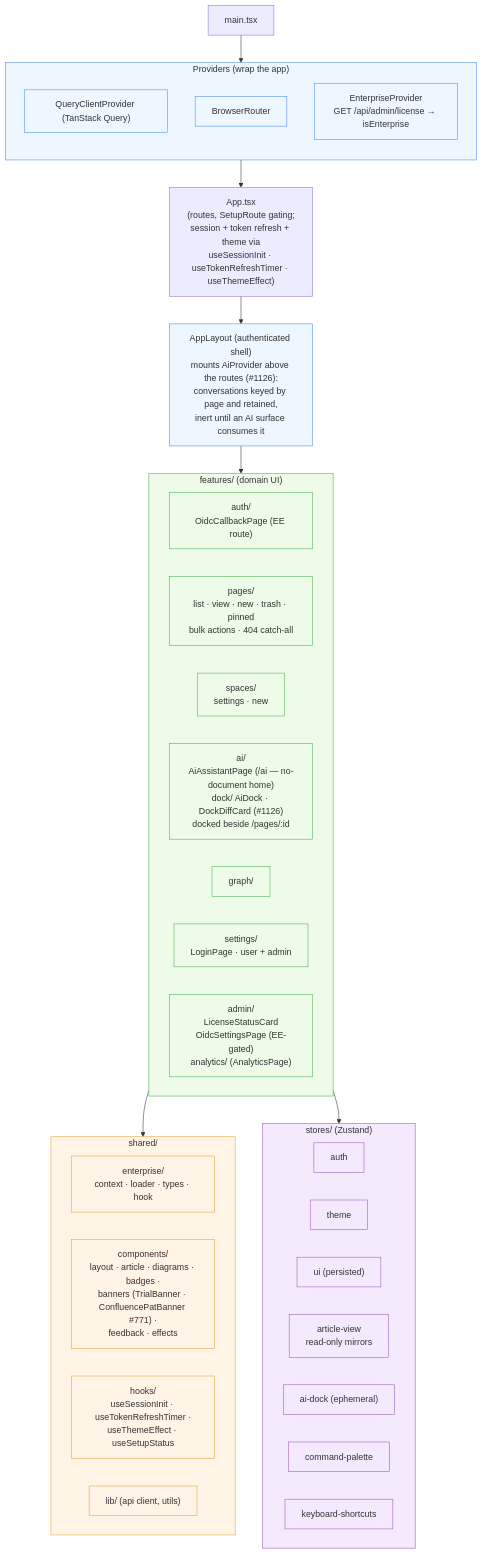
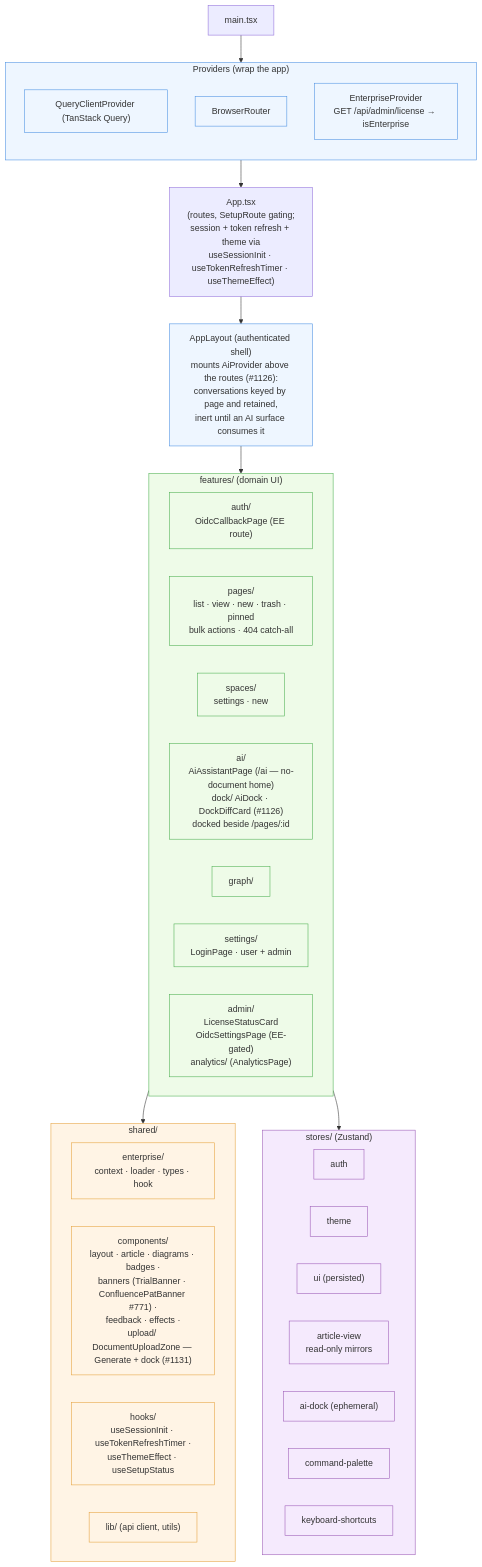
Before and after one commit to Compendiq/compendiq-ce: the first of 3 diagrams in docs/architecture/04-frontend-structure.md, drawn with Mermaid. The commit also changed 20 other files, not shown here.

````diff
--- a/docs/architecture/04-frontend-structure.md
+++ b/docs/architecture/04-frontend-structure.md
@@ -8,59 +8,59 @@
 ```mermaid
 flowchart TB
     main["main.tsx"]
 
     subgraph providers["Providers (wrap the app)"]
         direction TB
         qp["QueryClientProvider (TanStack Query)"]
         rp["BrowserRouter"]
         ep["EnterpriseProvider<br/>GET /api/admin/license → isEnterprise"]
     end
 
     main --> providers
     providers --> app["App.tsx<br/>(routes, SetupRoute gating;<br/>session + token refresh + theme via<br/>useSessionInit · useTokenRefreshTimer · useThemeEffect)"]
 
     subgraph features["features/ (domain UI)"]
         direction LR
         fAuth["auth/<br/>OidcCallbackPage (EE route)"]
         fPages["pages/<br/>list · view · new · trash · pinned<br/>bulk actions · 404 catch-all"]
         fSpaces["spaces/<br/>settings · new"]
         fAI["ai/<br/>AiAssistantPage (/ai — no-document home)<br/>dock/ AiDock · DockDiffCard (#1126)<br/>docked beside /pages/:id"]
         fGraph["graph/"]
         fSettings["settings/<br/>LoginPage · user + admin"]
         fAdmin["admin/<br/>LicenseStatusCard<br/>OidcSettingsPage (EE-gated)<br/>analytics/ (AnalyticsPage)"]
     end
 
     app --> shell["AppLayout (authenticated shell)<br/>mounts AiProvider above the routes (#1126):<br/>conversations keyed by page and retained,<br/>inert until an AI surface consumes it"]
     shell --> features
 
     subgraph shared["shared/"]
         direction LR
         sEnt["enterprise/<br/>context · loader · types · hook"]
-        sComp["components/<br/>layout · article · diagrams · badges ·<br/>banners (TrialBanner · ConfluencePatBanner #771) ·<br/>feedback · effects"]
+        sComp["components/<br/>layout · article · diagrams · badges ·<br/>banners (TrialBanner · ConfluencePatBanner #771) ·<br/>feedback · effects ·<br/>upload/ DocumentUploadZone — Generate + dock (#1131)"]
         sHooks["hooks/<br/>useSessionInit · useTokenRefreshTimer ·<br/>useThemeEffect · useSetupStatus"]
         sLib["lib/ (api client, utils)"]
     end
 
     features --> shared
 
     subgraph stores["stores/ (Zustand)"]
         zAuth["auth"]
         zTheme["theme"]
         zUI["ui (persisted)"]
         zAV["article-view<br/>read-only mirrors"]
         zDock["ai-dock (ephemeral)"]
         zCmd["command-palette"]
         zKb["keyboard-shortcuts"]
     end
 
     features --> stores
 
     classDef prov fill:#eef6ff,stroke:#4a90e2
     classDef feat fill:#eefbe8,stroke:#4caf50
     classDef sh fill:#fff4e5,stroke:#e5a23c
     classDef st fill:#f5eafd,stroke:#9b59b6
     class providers,qp,rp,ep,shell prov
     class features,fAuth,fPages,fSpaces,fAI,fGraph,fSettings,fAdmin feat
     class shared,sEnt,sComp,sHooks,sLib sh
     class stores,zAuth,zTheme,zUI,zAV,zDock,zCmd,zKb st
 ```
````
